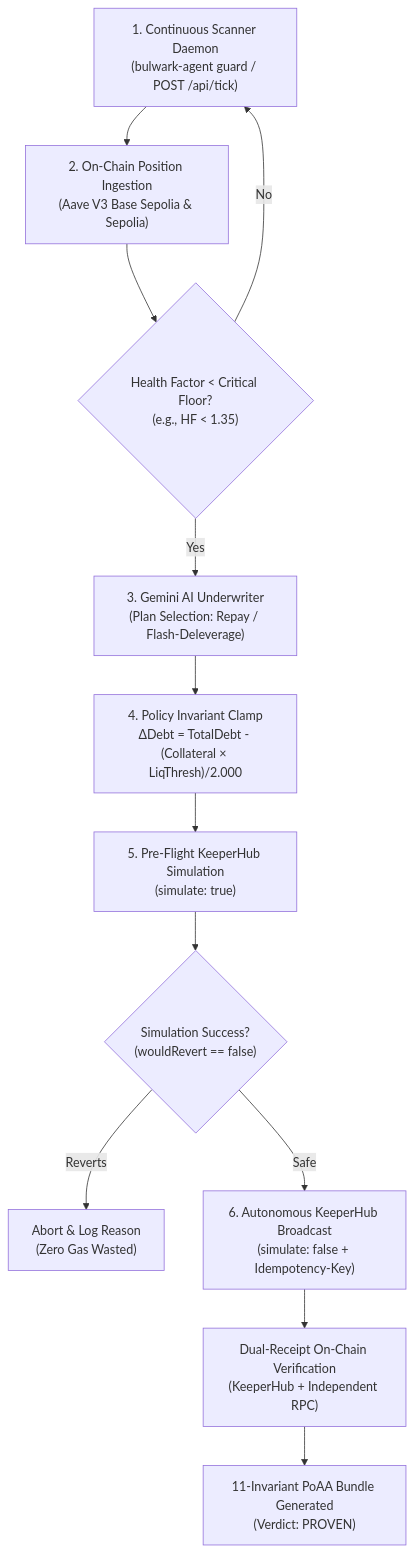
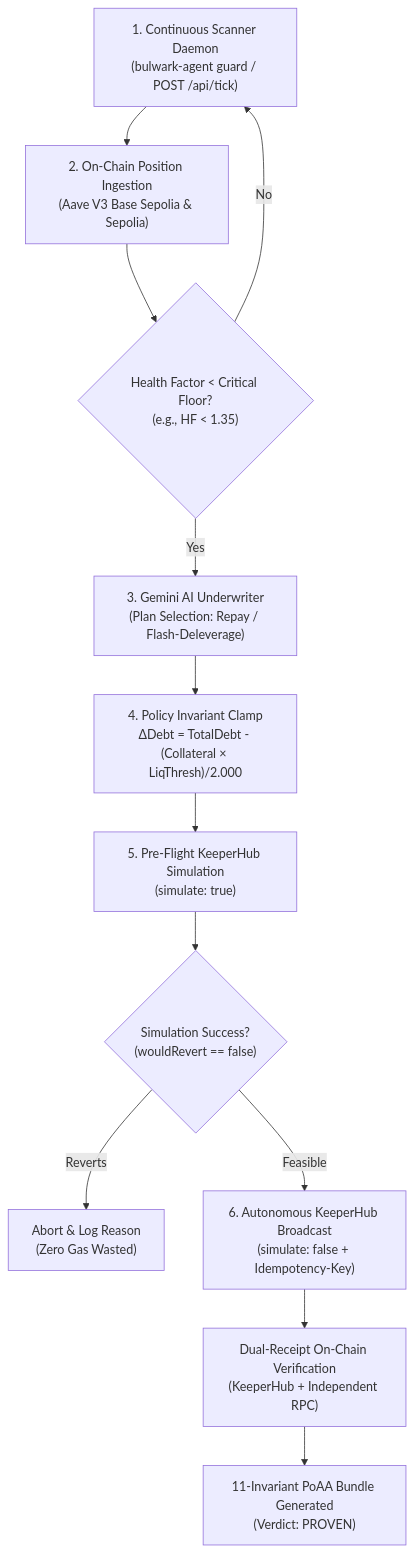
One commit to ROHANROOSWELT/Bulwark changed the second of 2 diagrams in README.md. Above: the diagram before and after it, drawn with Mermaid. The commit also changed other lines of this file, not shown here.

````diff
--- a/README.md
+++ b/README.md
@@ -409,14 +409,14 @@
 ```mermaid
 flowchart TD
     A["1. Continuous Scanner Daemon\n(bulwark-agent guard / POST /api/tick)"] --> B["2. On-Chain Position Ingestion\n(Aave V3 Base Sepolia & Sepolia)"]
     B --> C{"Health Factor < Critical Floor?\n(e.g., HF < 1.35)"}
     C -- No --> A
     C -- Yes --> D["3. Gemini AI Underwriter\n(Plan Selection: Repay / Flash-Deleverage)"]
     D --> E["4. Policy Invariant Clamp\nΔDebt = TotalDebt - (Collateral × LiqThresh)/2.000"]
     E --> F["5. Pre-Flight KeeperHub Simulation\n(simulate: true)"]
     F --> G{"Simulation Success?\n(wouldRevert == false)"}
     G -- Reverts --> H["Abort & Log Reason\n(Zero Gas Wasted)"]
-    G -- Safe --> I["6. Autonomous KeeperHub Broadcast\n(simulate: false + Idempotency-Key)"]
+    G -- Feasible --> I["6. Autonomous KeeperHub Broadcast\n(simulate: false + Idempotency-Key)"]
     I --> J["Dual-Receipt On-Chain Verification\n(KeeperHub + Independent RPC)"]
     J --> K["11-Invariant PoAA Bundle Generated\n(Verdict: PROVEN)"]
 ```
````
